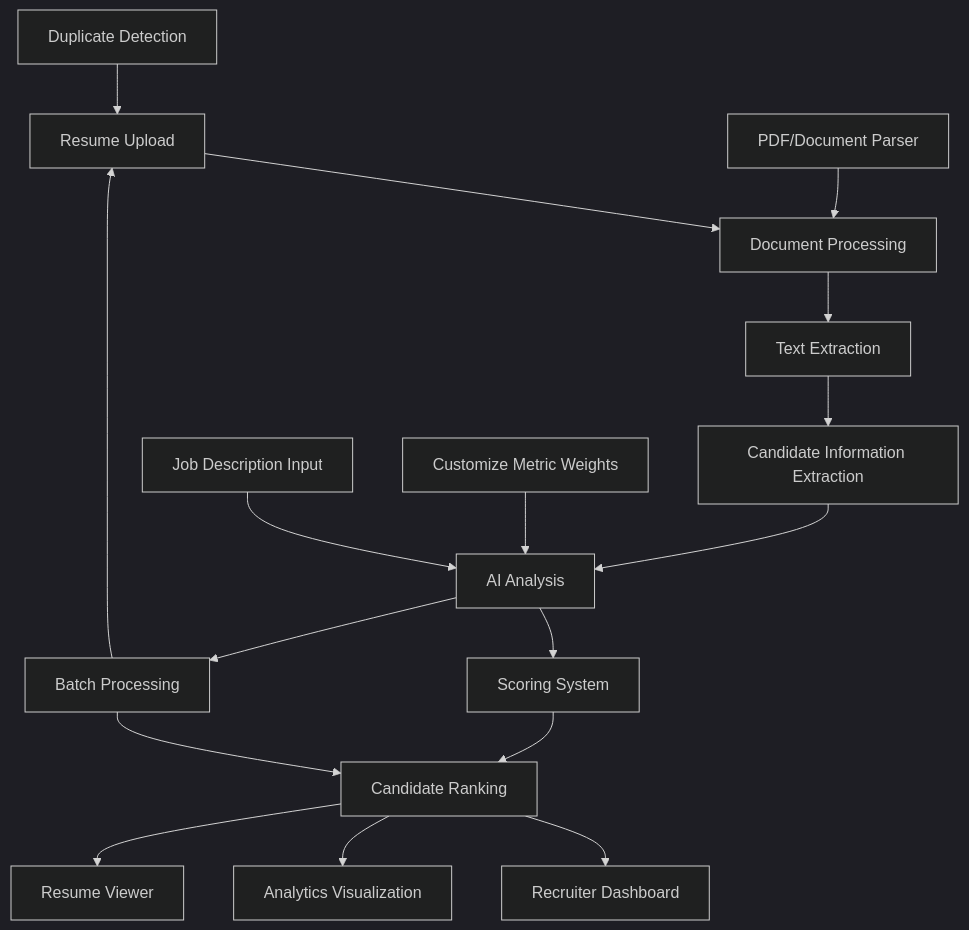
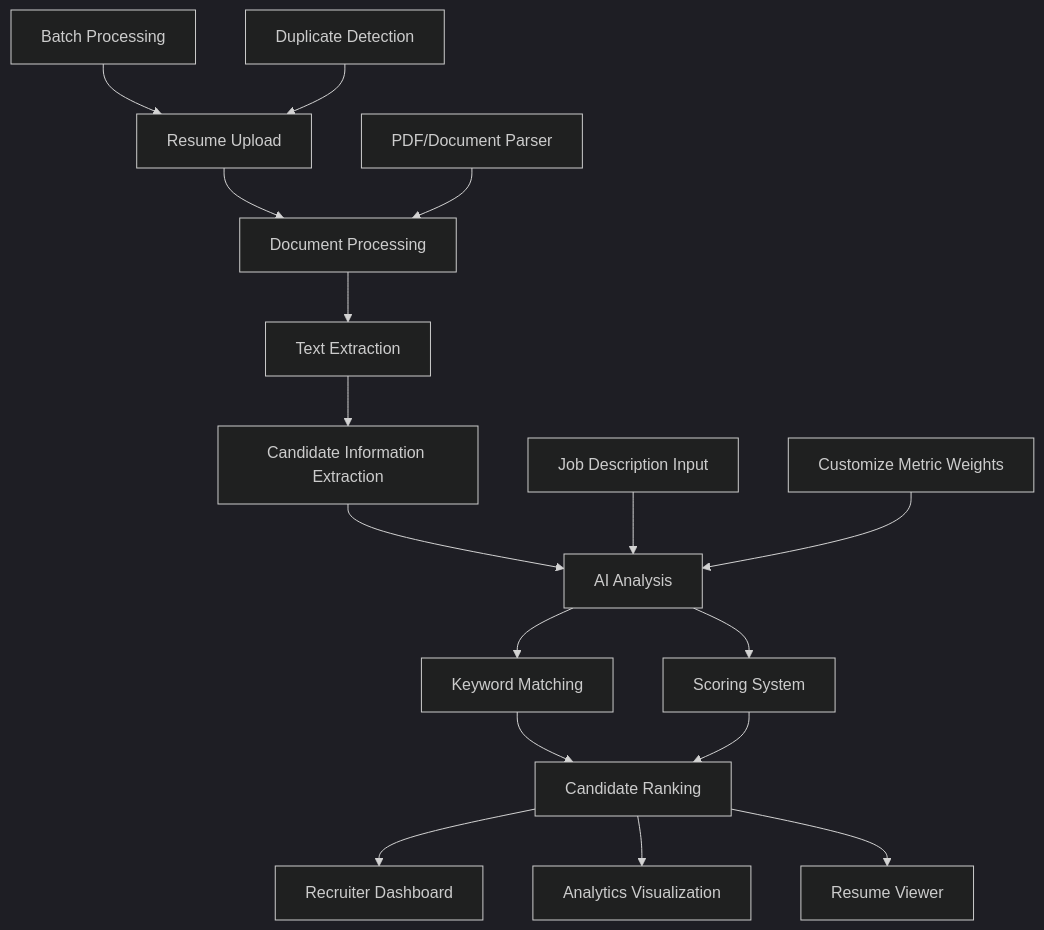
Before and after one commit to MarcusMQF/Foresight-platform: the first of 2 diagrams in README.md, drawn with Mermaid (dark theme).

````diff
--- a/README.md
+++ b/README.md
@@ -58,22 +58,23 @@
 ```mermaid
 graph TD
     A[Resume Upload] --> B[Document Processing]
+    BP[Batch Processing] --> A
+    DD[Duplicate Detection] --> A
     B --> C[Text Extraction]
     D[PDF/Document Parser] --> B
     C --> E[Candidate Information Extraction]
     E --> F[AI Analysis]
-    F --> Z[Scoring System]
-    F --> P[Keyword Matching]
-    Z --> G[Candidate Ranking]
-    P --> G[Candidate Ranking]
     
     H[Job Description Input] --> F
     I[Customize Metric Weights] --> F
     
+    F --> KM[Keyword Matching]
+    F --> SS[Scoring System]
+    
+    KM --> G[Candidate Ranking]
+    SS --> G[Candidate Ranking]
+    
     G --> M[Recruiter Dashboard]
     G --> N[Analytics Visualization]
     G --> O[Resume Viewer]
-    
-    P[Batch Processing] --> A
-    Q[Duplicate Detection] --> A
 ```
````
